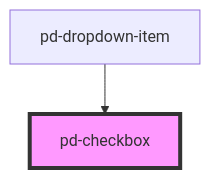
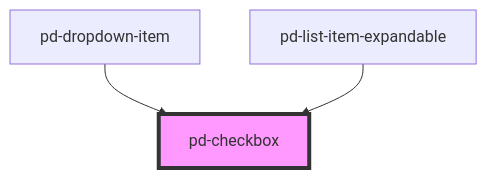
One commit to Lambda-IT/parlamentsdienste-components changed the diagram in packages/core/src/components/pd-checkbox/readme.md. Above: the diagram before and after it, drawn with Mermaid. The commit also changed other lines of this file and 43 other files, not shown here.

Commit message:
added pd-list with pd-list-item and list-item-expandable

````diff
--- a/packages/core/src/components/pd-checkbox/readme.md
+++ b/packages/core/src/components/pd-checkbox/readme.md
@@ -64,5 +65,6 @@
 ```mermaid
 graph TD;
   pd-dropdown-item --> pd-checkbox
+  pd-list-item-expandable --> pd-checkbox
   style pd-checkbox fill:#f9f,stroke:#333,stroke-width:4px
 ```
````
